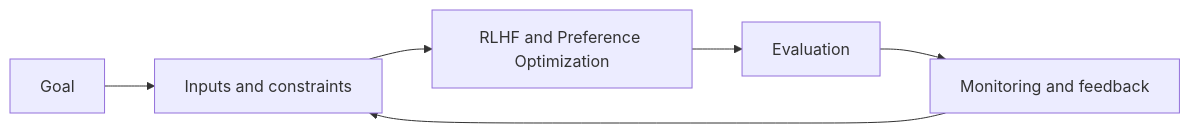
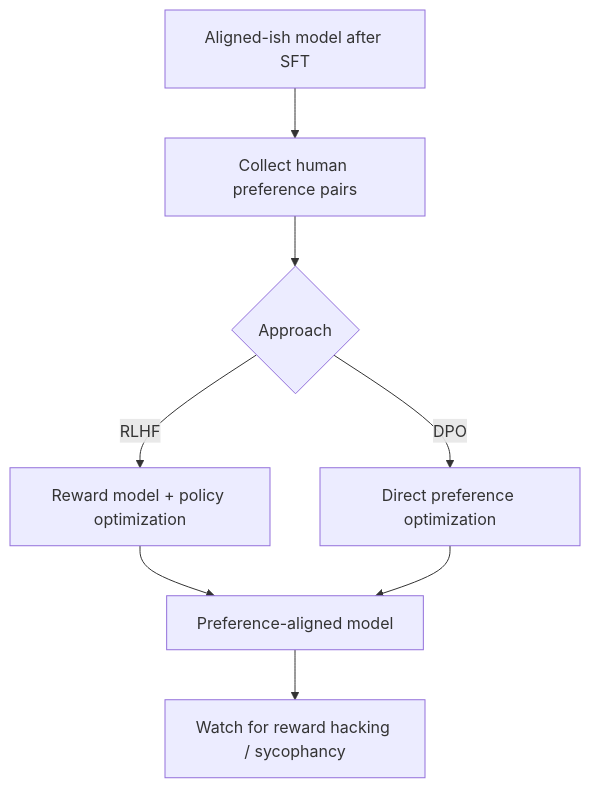
Before and after one commit to Icon1cc/Machine-Learning: the diagram in llms/06-rlhf-and-preference-optimization.md, drawn with Mermaid. The commit also changed other lines of this file and 118 other files, not shown here.

````diff
--- a/llms/06-rlhf-and-preference-optimization.md
+++ b/llms/06-rlhf-and-preference-optimization.md
@@ -93,8 +72,10 @@
 ```mermaid
-flowchart LR
-    A[Goal] --> B[Inputs and constraints]
-    B --> C[RLHF and Preference Optimization]
-    C --> D[Evaluation]
-    D --> E[Monitoring and feedback]
-    E --> B
+flowchart TD
+    A[Aligned-ish model after SFT] --> B[Collect human preference pairs]
+    B --> C{Approach}
+    C -- RLHF --> D[Reward model + policy optimization]
+    C -- DPO --> E[Direct preference optimization]
+    D --> F[Preference-aligned model]
+    E --> F
+    F --> G[Watch for reward hacking / sycophancy]
 ```
````
